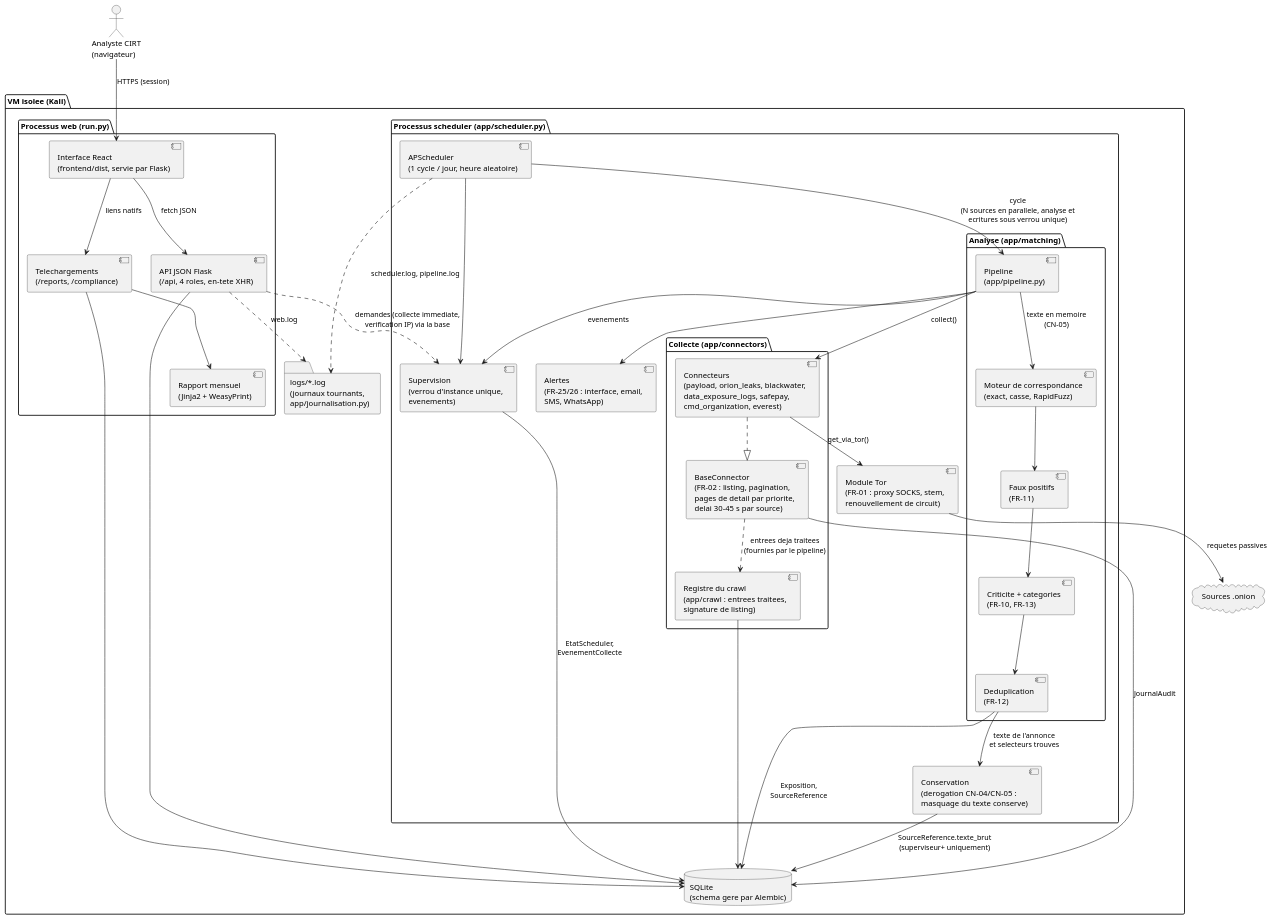
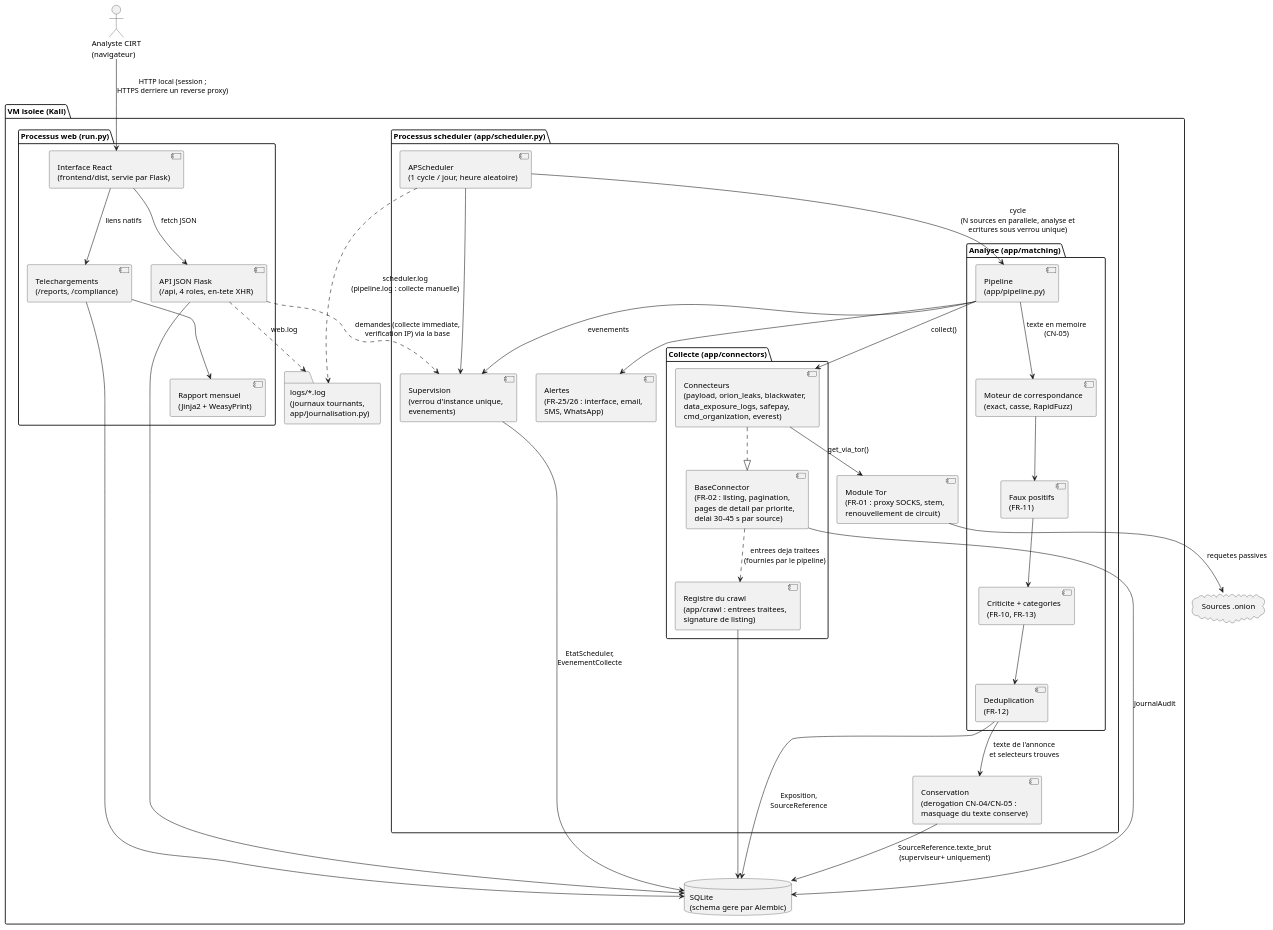
One commit to vnyay1/dark-web-monitoring changed the diagram in docs/uml/components.puml. Above: the diagram before and after it, drawn with PlantUML. The commit also changed 12 other files, not shown here.

```diff
--- a/docs/uml/components.puml
+++ b/docs/uml/components.puml
@@ -1,77 +1,77 @@
 @startuml Components_DarkWebMonitoring
 
 ' Architecture de Sentinel : deux processus Python sur la VM de collecte,
 ' qui ne communiquent que par la base de donnees.
 
 package "VM isolee (Kali)" {
 
   package "Processus scheduler (app/scheduler.py)" {
     component "APScheduler\n(1 cycle / jour, heure aleatoire)" as Scheduler
     component "Supervision\n(verrou d'instance unique,\nevenements)" as Supervision
 
     package "Collecte (app/connectors)" {
       component "BaseConnector\n(FR-02 : listing, pagination,\npages de detail par priorite,\ndelai 30-45 s par source)" as BaseConnector
       component "Connecteurs\n(payload, orion_leaks, blackwater,\ndata_exposure_logs, safepay,\ncmd_organization, everest)" as Connecteurs
       component "Registre du crawl\n(app/crawl : entrees traitees,\nsignature de listing)" as Registre
     }
 
     component "Module Tor\n(FR-01 : proxy SOCKS, stem,\nrenouvellement de circuit)" as Tor
 
     package "Analyse (app/matching)" {
       component "Pipeline\n(app/pipeline.py)" as Pipeline
       component "Moteur de correspondance\n(exact, casse, RapidFuzz)" as Engine
       component "Faux positifs\n(FR-11)" as Exclusion
       component "Criticite + categories\n(FR-10, FR-13)" as Criticite
       component "Deduplication\n(FR-12)" as Dedup
     }
 
     component "Alertes\n(FR-25/26 : interface, email,\nSMS, WhatsApp)" as Alertes
     component "Conservation\n(derogation CN-04/CN-05 :\nmasquage du texte conserve)" as Conservation
   }
 
   package "Processus web (run.py)" {
     component "API JSON Flask\n(/api, 4 roles, en-tete XHR)" as API
     component "Telechargements\n(/reports, /compliance)" as Downloads
     component "Rapport mensuel\n(Jinja2 + WeasyPrint)" as PDF
     component "Interface React\n(frontend/dist, servie par Flask)" as SPA
   }
 
   database "SQLite\n(schema gere par Alembic)" as DB
   folder "logs/*.log\n(journaux tournants,\napp/journalisation.py)" as Logs
 }
 
 actor "Analyste CIRT\n(navigateur)" as Analyste
 cloud "Sources .onion" as Onion
 
 Scheduler --> Pipeline : cycle\n(N sources en parallele, analyse et\necritures sous verrou unique)
 Scheduler --> Supervision
 Connecteurs ..|> BaseConnector
 Pipeline --> Connecteurs : collect()
 Connecteurs --> Tor : get_via_tor()
 Tor --> Onion : requetes passives
 BaseConnector ..> Registre : entrees deja traitees\n(fournies par le pipeline)
 
 Pipeline --> Engine : texte en memoire\n(CN-05)
 Engine --> Exclusion
 Exclusion --> Criticite
 Criticite --> Dedup
 Dedup --> DB : Exposition,\nSourceReference
 Dedup --> Conservation : texte de l'annonce\net selecteurs trouves
 Conservation --> DB : SourceReference.texte_brut\n(superviseur+ uniquement)
 Pipeline --> Alertes
 Pipeline --> Supervision : evenements
 Registre --> DB
 Supervision --> DB : EtatScheduler,\nEvenementCollecte
 BaseConnector --> DB : JournalAudit
 
-Analyste --> SPA : HTTPS (session)
+Analyste --> SPA : HTTP local (session ;\nHTTPS derriere un reverse proxy)
 SPA --> API : fetch JSON
 SPA --> Downloads : liens natifs
 Downloads --> PDF
 API --> DB
 Downloads --> DB
 API ..> Supervision : demandes (collecte immediate,\nverification IP) via la base
-Scheduler ..> Logs : scheduler.log, pipeline.log
+Scheduler ..> Logs : scheduler.log\n(pipeline.log : collecte manuelle)
 API ..> Logs : web.log
 
 @enduml
```
